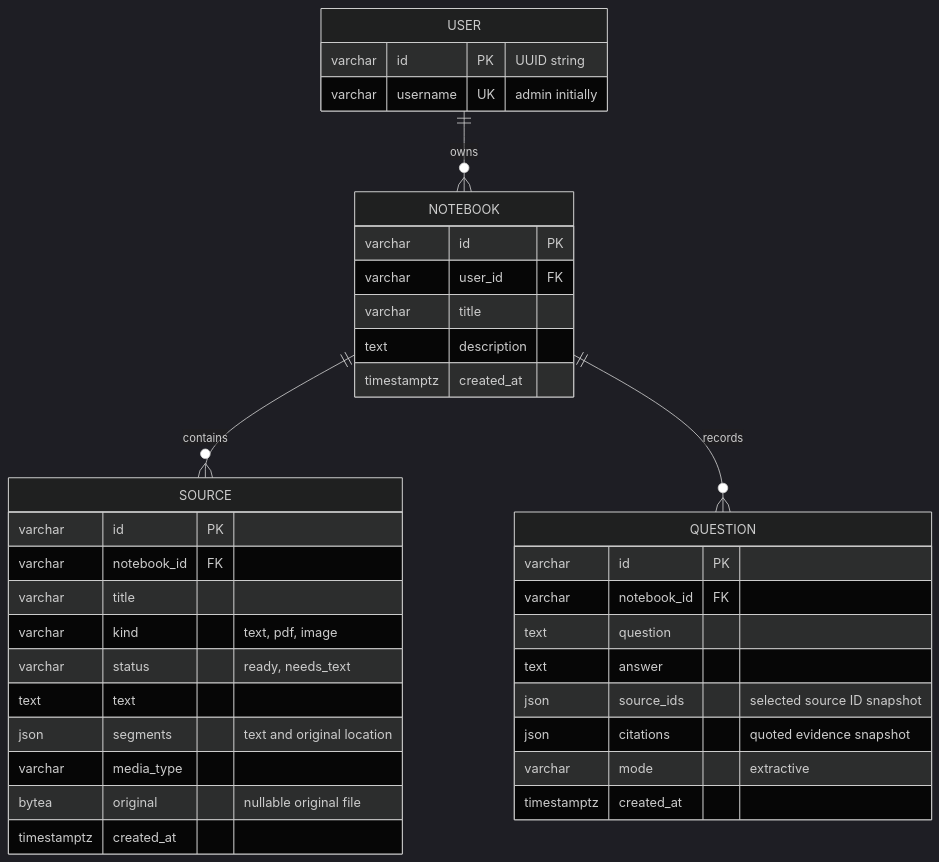
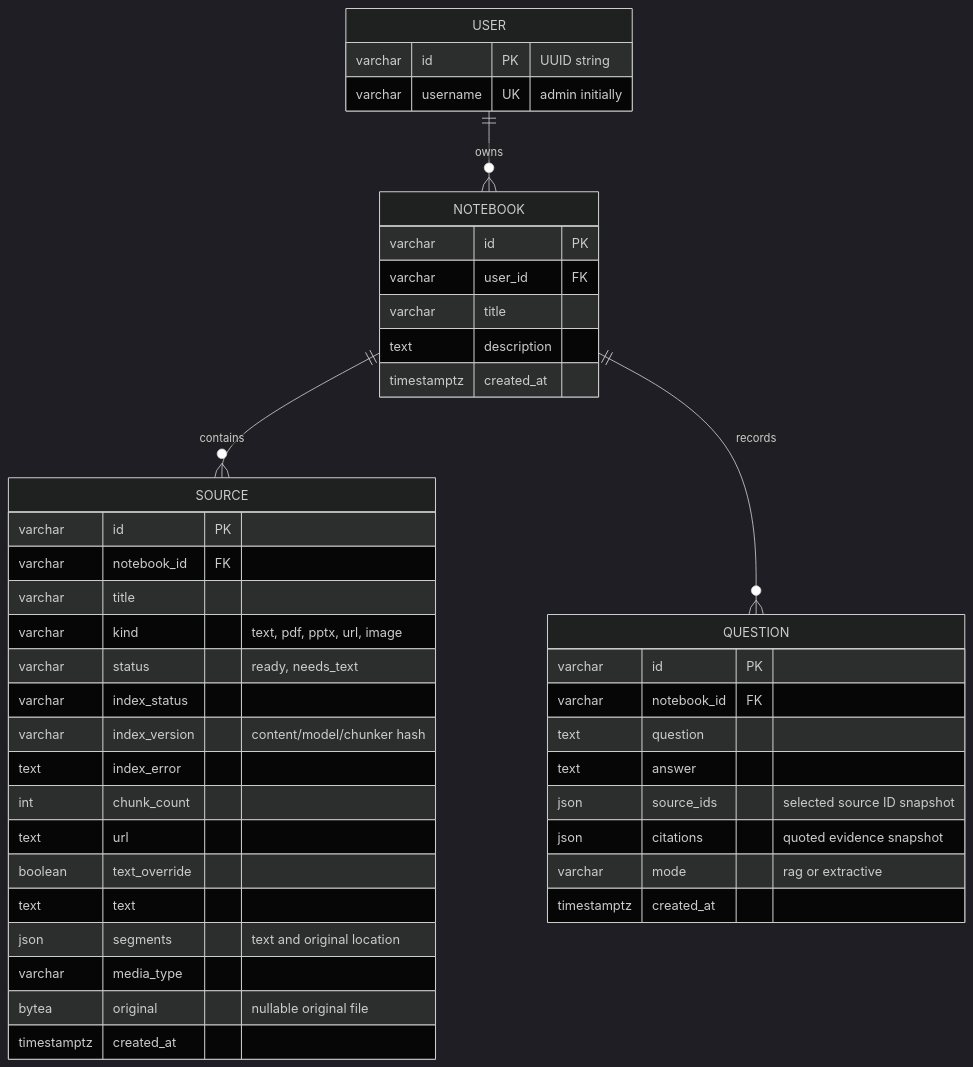
One commit to ratuku/NotebookAI changed the second of 2 diagrams in docs/architecture.md. Above: the diagram before and after it, drawn with Mermaid (dark theme). The commit also changed other lines of this file and 34 other files, not shown here.

````diff
--- a/docs/architecture.md
+++ b/docs/architecture.md
@@ -18,40 +21,46 @@
 ```mermaid
 erDiagram
     USER ||--o{ NOTEBOOK : owns
     NOTEBOOK ||--o{ SOURCE : contains
     NOTEBOOK ||--o{ QUESTION : records
 
     USER {
         varchar id PK "UUID string"
         varchar username UK "admin initially"
     }
     NOTEBOOK {
         varchar id PK
         varchar user_id FK
         varchar title
         text description
         timestamptz created_at
     }
     SOURCE {
         varchar id PK
         varchar notebook_id FK
         varchar title
-        varchar kind "text, pdf, image"
+        varchar kind "text, pdf, pptx, url, image"
         varchar status "ready, needs_text"
+        varchar index_status
+        varchar index_version "content/model/chunker hash"
+        text index_error
+        int chunk_count
+        text url
+        boolean text_override
         text text
         json segments "text and original location"
         varchar media_type
         bytea original "nullable original file"
         timestamptz created_at
     }
     QUESTION {
         varchar id PK
         varchar notebook_id FK
         text question
         text answer
         json source_ids "selected source ID snapshot"
         json citations "quoted evidence snapshot"
-        varchar mode "extractive"
+        varchar mode "rag or extractive"
         timestamptz created_at
     }
 ```
````
